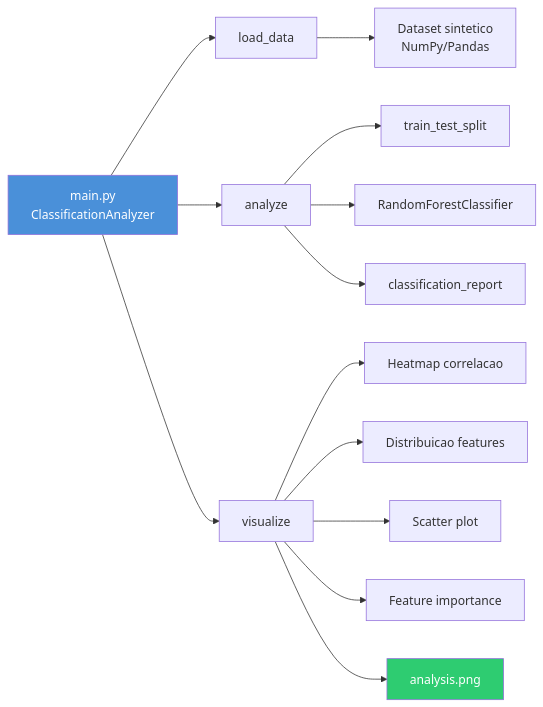
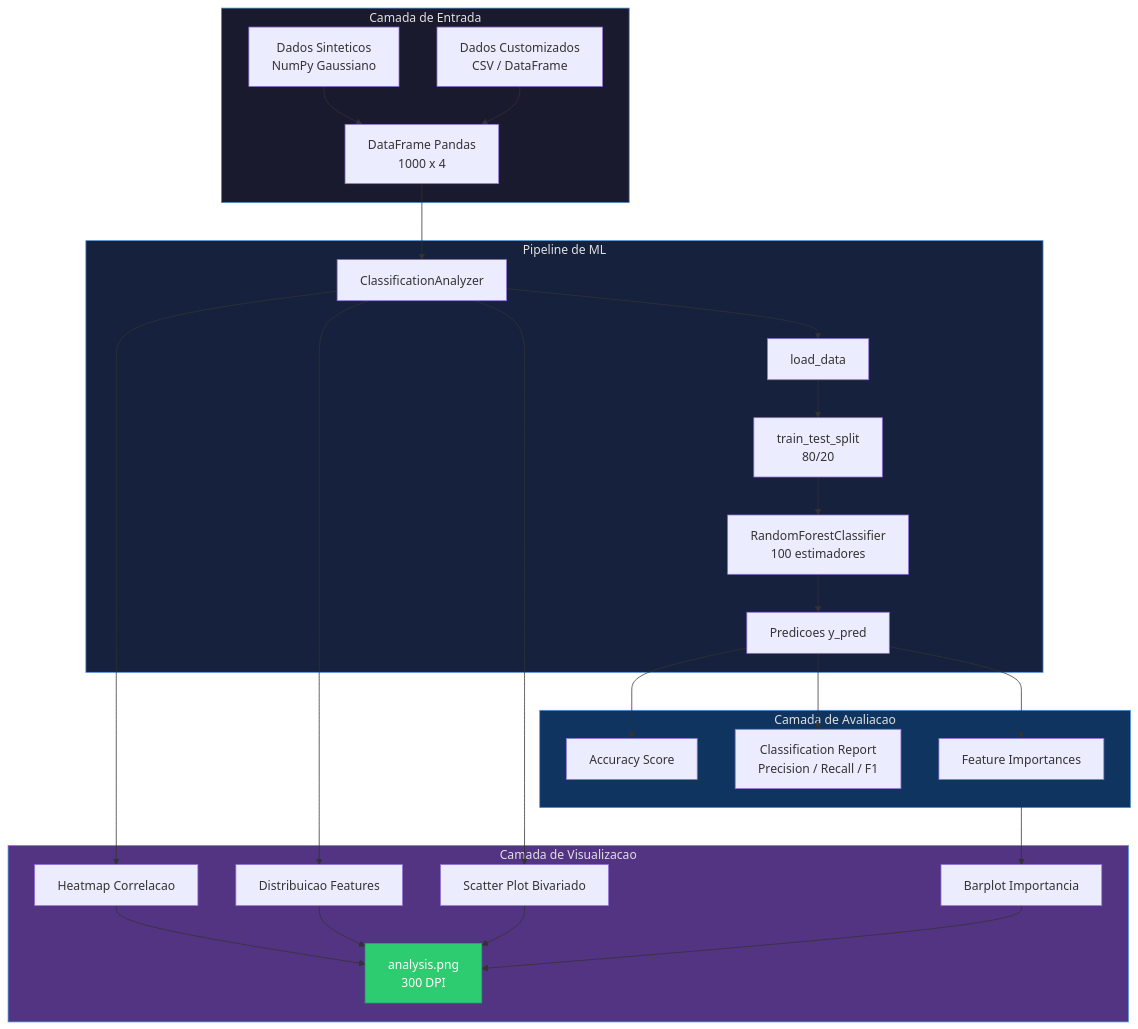
One commit to galafis/Deep-Learning-Neural-Networks changed the first of 4 diagrams in README.md. Above: the diagram before and after it, drawn with Mermaid. The commit also changed other lines of this file and 1 other file, not shown here.

````diff
--- a/README.md
+++ b/README.md
@@ -29,19 +66,35 @@
 ```mermaid
-graph LR
-    A[main.py<br>ClassificationAnalyzer] --> B[load_data]
-    A --> C[analyze]
-    A --> D[visualize]
+graph TD
+    subgraph Entrada["Camada de Entrada"]
+        A[Dados Sinteticos<br>NumPy Gaussiano] --> B[DataFrame Pandas<br>1000 x 4]
+        A2[Dados Customizados<br>CSV / DataFrame] --> B
+    end
 
-    B --> B1[Dataset sintetico<br>NumPy/Pandas]
-    C --> C1[train_test_split]
-    C --> C2[RandomForestClassifier]
-    C --> C3[classification_report]
-    D --> D1[Heatmap correlacao]
-    D --> D2[Distribuicao features]
-    D --> D3[Scatter plot]
-    D --> D4[Feature importance]
-    D --> D5[analysis.png]
+    subgraph Core["Pipeline de ML"]
+        B --> C[ClassificationAnalyzer]
+        C --> D[load_data]
+        D --> E[train_test_split<br>80/20]
+        E --> F[RandomForestClassifier<br>100 estimadores]
+        F --> G[Predicoes y_pred]
+    end
 
-    style A fill:#4a90d9,color:#fff
-    style D5 fill:#2ecc71,color:#fff
+    subgraph Avaliacao["Camada de Avaliacao"]
+        G --> H[Accuracy Score]
+        G --> I[Classification Report<br>Precision / Recall / F1]
+        G --> J[Feature Importances]
+    end
+
+    subgraph Visualizacao["Camada de Visualizacao"]
+        C --> K[Heatmap Correlacao]
+        C --> L[Distribuicao Features]
+        C --> M[Scatter Plot Bivariado]
+        J --> N[Barplot Importancia]
+        K & L & M & N --> O[analysis.png<br>300 DPI]
+    end
+
+    style Entrada fill:#1a1a2e,color:#e0e0e0,stroke:#4a90d9
+    style Core fill:#16213e,color:#e0e0e0,stroke:#4a90d9
+    style Avaliacao fill:#0f3460,color:#e0e0e0,stroke:#4a90d9
+    style Visualizacao fill:#533483,color:#e0e0e0,stroke:#4a90d9
+    style O fill:#2ecc71,color:#fff,stroke:#27ae60
 ```
````
